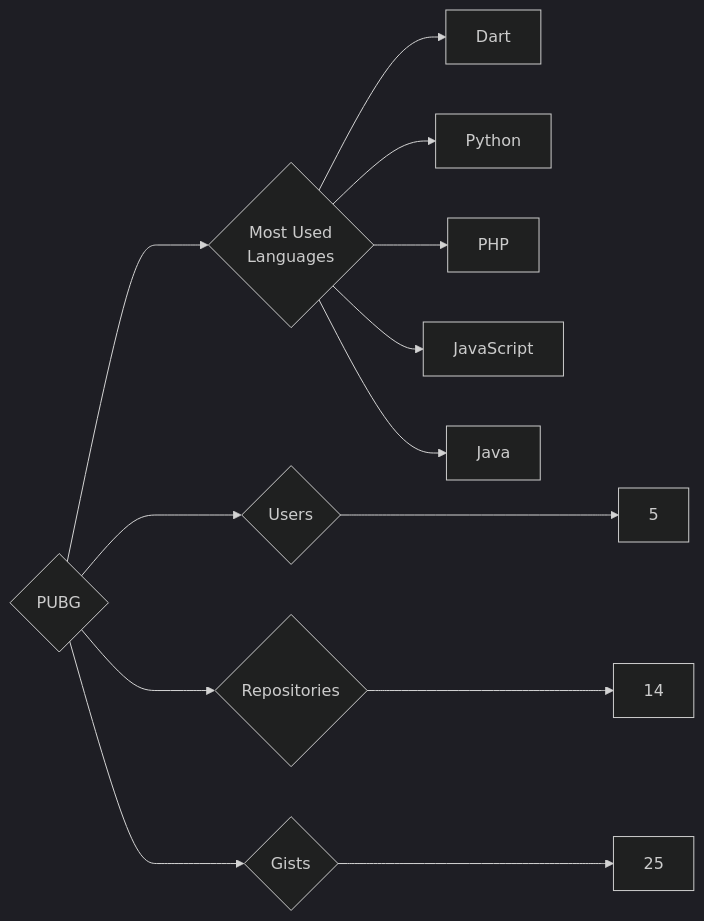
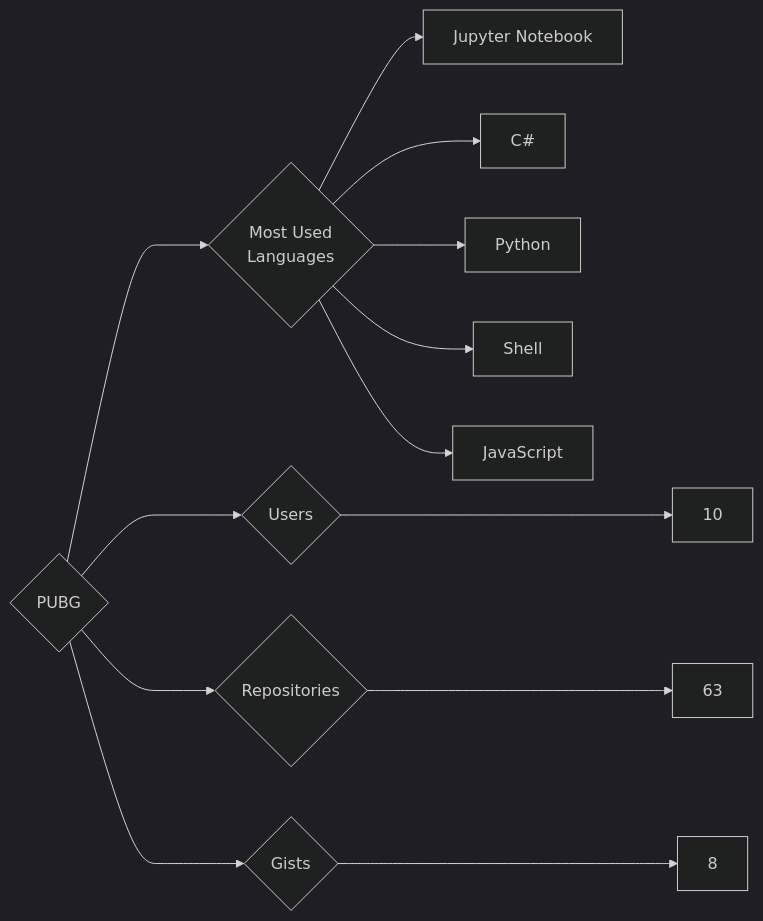
The diagram in targets/PUBG/README.md (trickest/insiders), drawn with Mermaid (dark theme) before and after one commit. The commit also changed 1696 other files, not shown here.

````diff
--- a/targets/PUBG/README.md
+++ b/targets/PUBG/README.md
@@ -3,13 +3,13 @@
 ```mermaid
 graph LR
 COMPANY_NAME{PUBG}
-COMPANY_NAME ---> U{Users} ---> UN[5]
-COMPANY_NAME ---> R{Repositories} ---> RN[14]
-COMPANY_NAME ---> G{Gists} ---> GN[25]
+COMPANY_NAME ---> U{Users} ---> UN[10]
+COMPANY_NAME ---> R{Repositories} ---> RN[63]
+COMPANY_NAME ---> G{Gists} ---> GN[8]
 COMPANY_NAME ---> ML{Most Used<br>Languages}
-ML --> Dart[Dart]
+ML --> Jupyter_Notebook[Jupyter Notebook]
+ML --> C#[C#]
 ML --> Python[Python]
-ML --> PHP[PHP]
+ML --> Shell[Shell]
 ML --> JavaScript[JavaScript]
-ML --> Java[Java]
 ```
````
